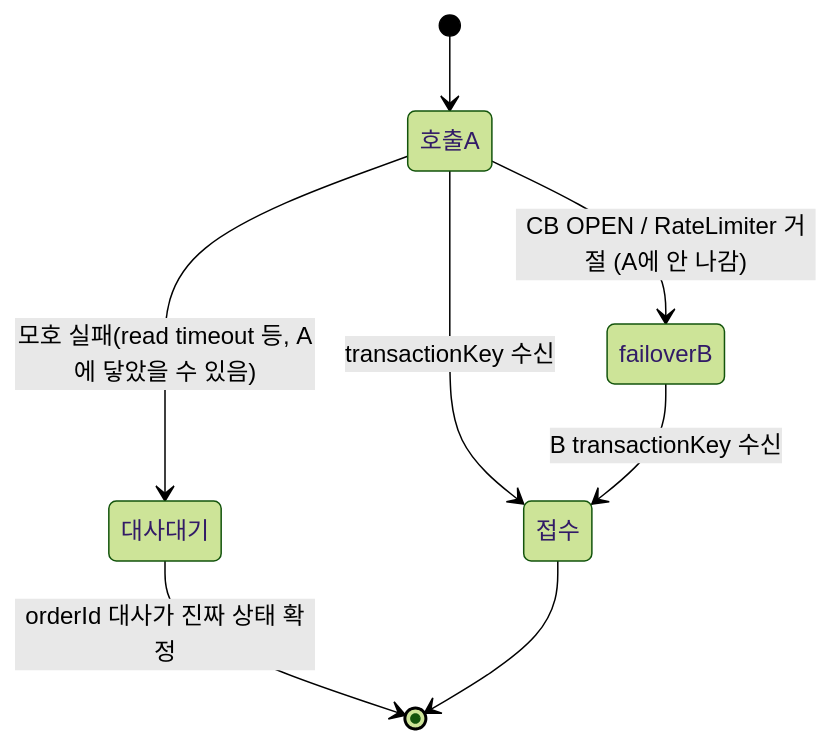
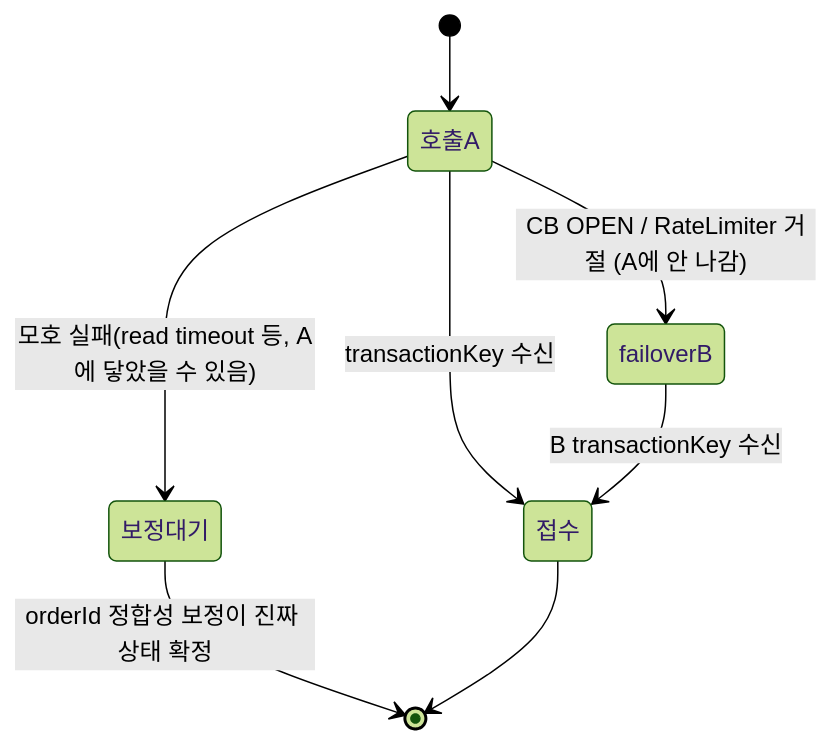
The fourth of 4 diagrams in docs/week6/05-state-diagram.md (loopers-labs/loop-pack-be-l2-vol4-java), drawn with Mermaid (forest theme) before and after one commit. The commit also changed other lines of this file and 4 other files, not shown here.

Commit message:
docs: 결제 정합성 보정 용어 통일(대사·sweep 제거)·order_number 유니크 제약 반영

````diff
--- a/docs/week6/05-state-diagram.md
+++ b/docs/week6/05-state-diagram.md
@@ -68,10 +68,10 @@
 ```mermaid
 stateDiagram-v2
     [*] --> 호출A
     호출A --> 접수 : transactionKey 수신
     호출A --> failoverB : CB OPEN / RateLimiter 거절 (A에 안 나감)
-    호출A --> 대사대기 : 모호 실패(read timeout 등, A에 닿았을 수 있음)
+    호출A --> 보정대기 : 모호 실패(read timeout 등, A에 닿았을 수 있음)
     failoverB --> 접수 : B transactionKey 수신
-    대사대기 --> [*] : orderId 대사가 진짜 상태 확정
+    보정대기 --> [*] : orderId 정합성 보정이 진짜 상태 확정
     접수 --> [*]
 ```
````
